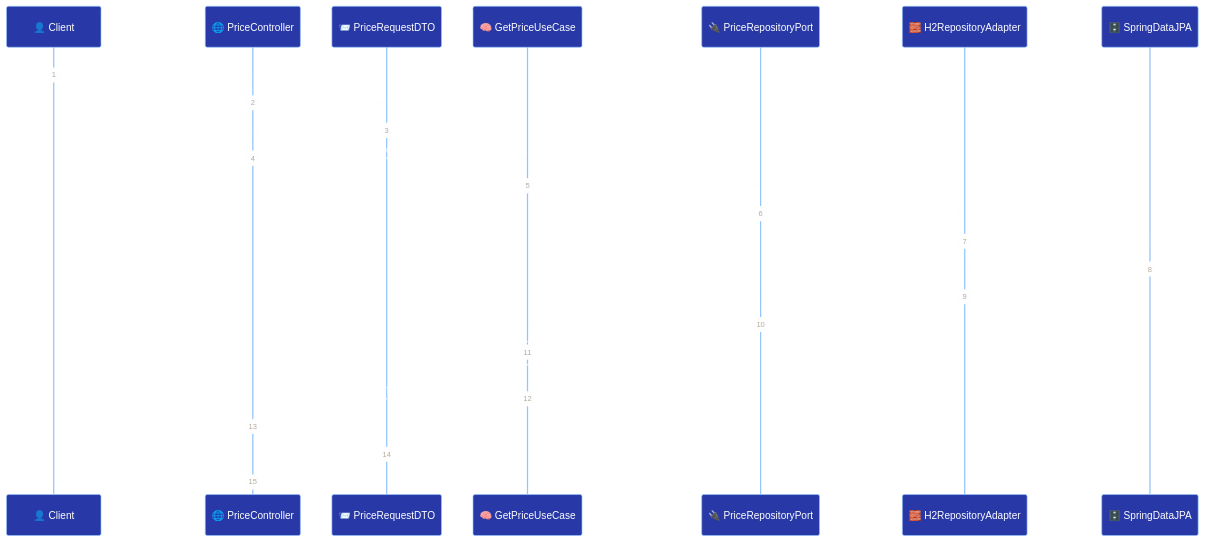
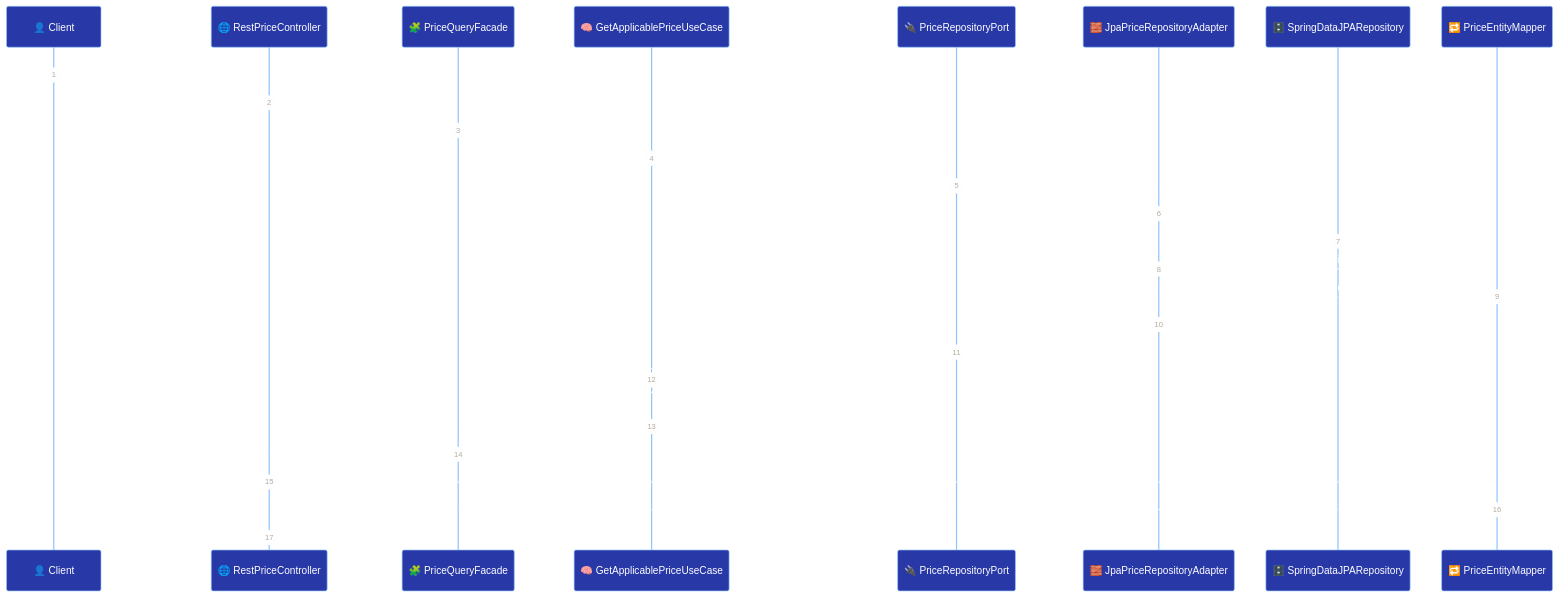
One commit to jalvarova/api-pricing-service changed the second of 3 diagrams in README.md. Above: the diagram before and after it, drawn with Mermaid. The commit also changed other lines of this file and 3 other files, not shown here.

````diff
--- a/README.md
+++ b/README.md
@@ -329,44 +356,48 @@
 ```mermaid
 %%{init: {
   "theme": "base",
   "themeVariables": {
     "background": "#1d01ff",
     "primaryColor": "#F0F4FF",
     "primaryTextColor": "#fefeff",
     "primaryBorderColor": "#C7D2FE",
     "lineColor": "#4B5563",
     "actorBorder": "#93C5FD",
     "actorBkg": "#2838a6"
   }
 }}%%
 sequenceDiagram
-    %% Personalización visual
     autonumber
-    %% Participantes con emojis e identificación de capas
+    %% Participantes por capas hexagonales
     participant 👤 Client
-    participant 🌐 PriceController
-    participant 📨 PriceRequestDTO
-    participant 🧠 GetPriceUseCase
+    participant 🌐 RestPriceController
+    participant 🧩 PriceQueryFacade
+    participant 🧠 GetApplicablePriceUseCase
     participant 🔌 PriceRepositoryPort
-    participant 🧱 H2RepositoryAdapter
-    participant 🗄️ SpringDataJPA
+    participant 🧱 JpaPriceRepositoryAdapter
+    participant 🗄️ SpringDataJPARepository
+    participant 🔁 PriceEntityMapper
 
     %% Flujo principal
-    👤 Client->>🌐 PriceController: POST /api/v1/pricing/prices/search
-    🌐 PriceController->>📨 PriceRequestDTO: parse(request)
-    📨 PriceRequestDTO-->>🌐 PriceController: domain parameters
-    🌐 PriceController->>🧠 GetPriceUseCase: getPriceProduct(date, productId, brandId)
+    👤 Client->>🌐 RestPriceController: GET /api/v1/pricing/prices?paramas
+    🌐 RestPriceController->>🧩 PriceQueryFacade: getApplicablePrice(requestDTO)
 
-    🧠 GetPriceUseCase->>🔌 PriceRepositoryPort: getPricesByDate(date, productId, brandId)
-    🔌 PriceRepositoryPort->>🧱 H2RepositoryAdapter: findTopByProductBrandAndDate(...)
-    🧱 H2RepositoryAdapter->>🗄️ SpringDataJPA: execute JPA query (date range)
-    🗄️ SpringDataJPA-->>🧱 H2RepositoryAdapter: List<PriceEntity>
-    🧱 H2RepositoryAdapter-->>🔌 PriceRepositoryPort: List<Price>
-    🔌 PriceRepositoryPort-->>🧠 GetPriceUseCase: List<Price>
+    🧩 PriceQueryFacade->>🧠 GetApplicablePriceUseCase: execute(date, productId, brandId)
 
-    🧠 GetPriceUseCase->>🧠 GetPriceUseCase: select by highest priority
-    🧠 GetPriceUseCase-->>🌐 PriceController: Price (domain model)
-    🌐 PriceController->>📨 PriceRequestDTO: mapToResponse()
-    📨 PriceRequestDTO-->>🌐 PriceController: API response DTO
-    🌐 PriceController-->>👤 Client: 200 OK + JSON (Price)
+    🧠 GetApplicablePriceUseCase->>🔌 PriceRepositoryPort: findByDateAndProductAndBrand(date, productId, brandId)
+    🔌 PriceRepositoryPort->>🧱 JpaPriceRepositoryAdapter: findPrices(date, productId, brandId)
+    🧱 JpaPriceRepositoryAdapter->>🗄️ SpringDataJPARepository: execute query by date range
+    🗄️ SpringDataJPARepository-->>🧱 JpaPriceRepositoryAdapter: List<PriceEntity>
+    🧱 JpaPriceRepositoryAdapter->>🔁 PriceEntityMapper: map to domain model
+    🔁 PriceEntityMapper-->>🧱 JpaPriceRepositoryAdapter: List<Price>
+    🧱 JpaPriceRepositoryAdapter-->>🔌 PriceRepositoryPort: List<Price>
+    🔌 PriceRepositoryPort-->>🧠 GetApplicablePriceUseCase: List<Price>
+
+    🧠 GetApplicablePriceUseCase->>🧠 GetApplicablePriceUseCase: select price with highest priority
+    🧠 GetApplicablePriceUseCase-->>🧩 PriceQueryFacade: Price
+    🧩 PriceQueryFacade-->>🌐 RestPriceController: Price
+    🌐 RestPriceController->>🔁 PriceEntityMapper: map to response DTO
+    🔁 PriceEntityMapper-->>🌐 RestPriceController: PriceResponseDTO
+    🌐 RestPriceController-->>👤 Client: 200 OK + JSON (PriceResponseDTO)
+
 ```
````
